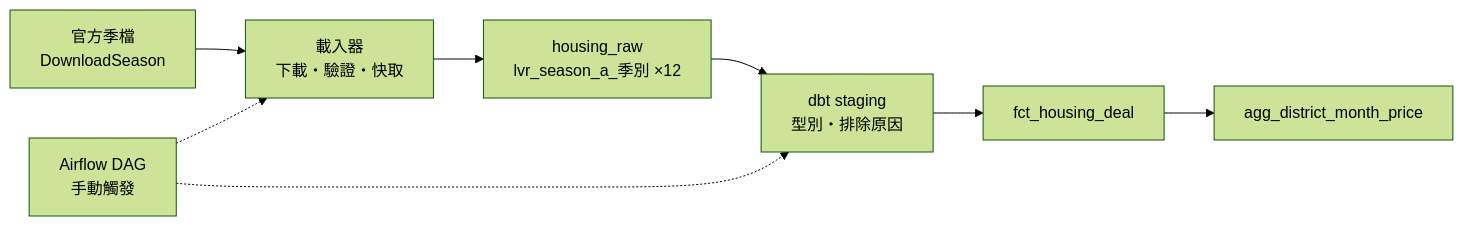
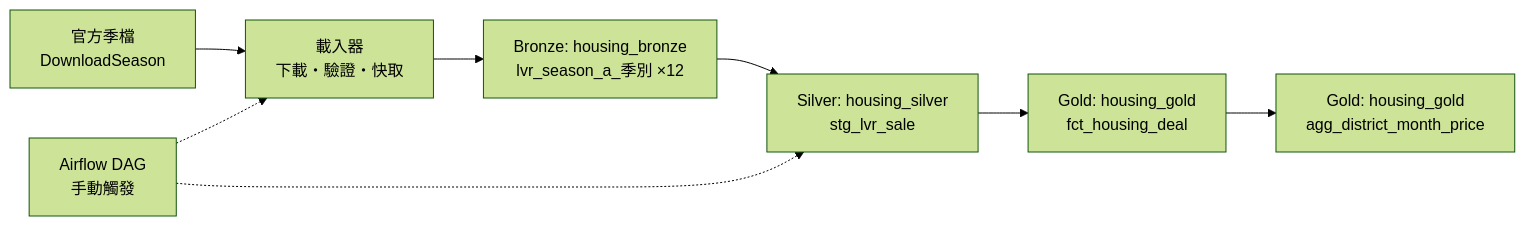
The diagram in README.md (chengpeter88/taiwan-housing-pipeline), drawn with Mermaid (forest theme) before and after one commit. The commit also changed other lines of this file and 18 other files, not shown here.

First line of the commit message:
refactor(bigquery): dataset 改為 medallion 三層 bronze / silver / gold

````diff
--- a/README.md
+++ b/README.md
@@ -9,10 +9,10 @@
 ```mermaid
 flowchart LR
     A[官方季檔<br>DownloadSeason] --> B[載入器<br>下載・驗證・快取]
-    B --> C[housing_raw<br>lvr_season_a_季別 ×12]
-    C --> D[dbt staging<br>型別・排除原因]
-    D --> E[fct_housing_deal]
-    E --> F[agg_district_month_price]
+    B --> C[Bronze: housing_bronze<br>lvr_season_a_季別 ×12]
+    C --> D[Silver: housing_silver<br>stg_lvr_sale]
+    D --> E[Gold: housing_gold<br>fct_housing_deal]
+    E --> F[Gold: housing_gold<br>agg_district_month_price]
     G[Airflow DAG<br>手動觸發] -.-> B
     G -.-> D
 ```
````
